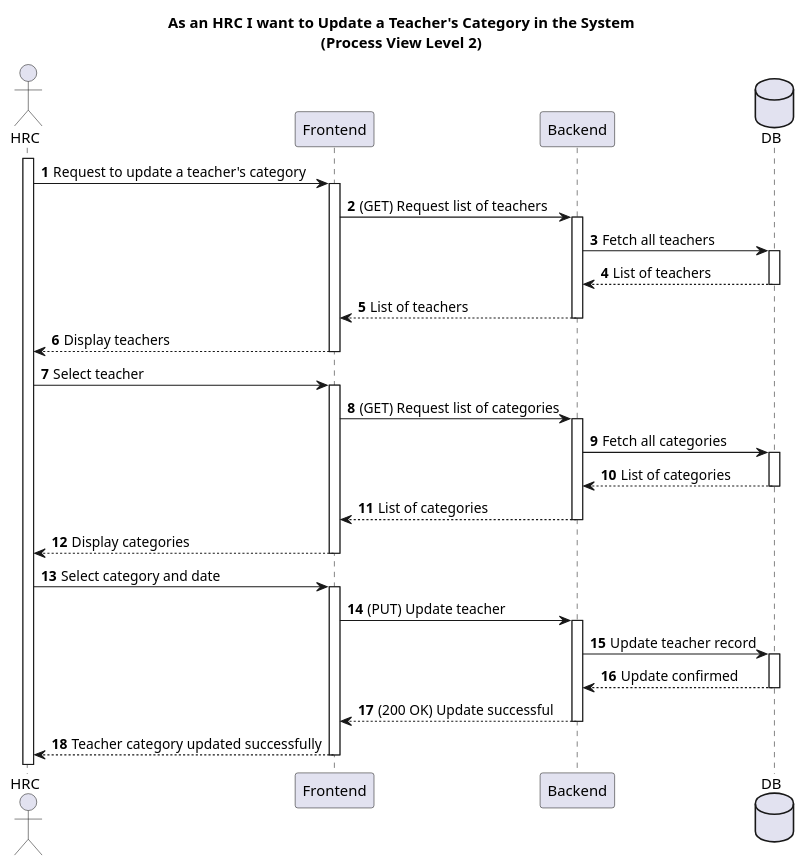
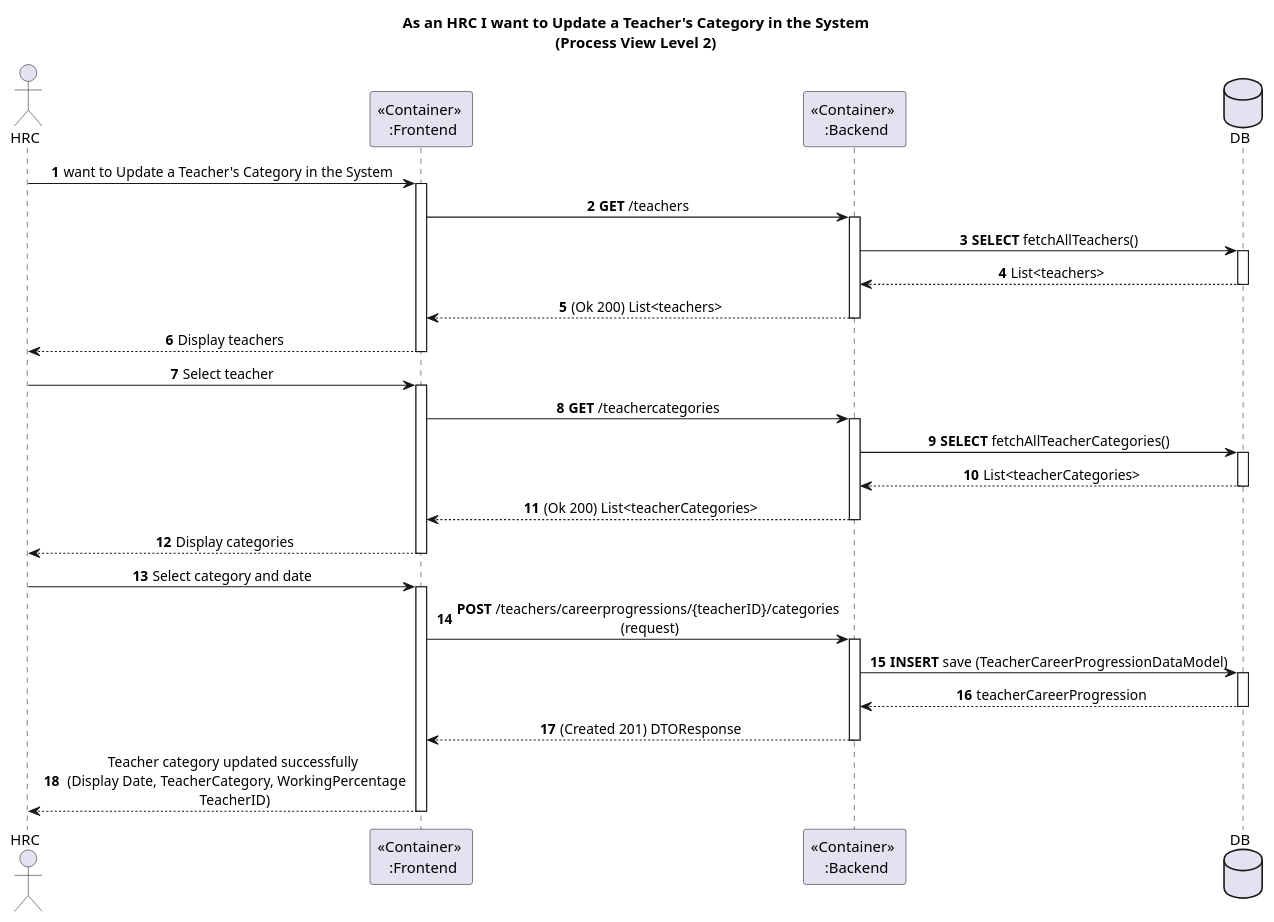
Before and after one commit to GasparISEP/DevOps-PAI: the diagram in docs/US14/Sprint6/ProcessView/Level2.puml, drawn with PlantUML.

Commit message:
Ref #531 :  Updated Process View Diagram Level 2 according to DSoft last class

```diff
--- a/docs/US14/Sprint6/ProcessView/Level2.puml
+++ b/docs/US14/Sprint6/ProcessView/Level2.puml
@@ -1,33 +1,34 @@
 @startuml
 autonumber
 
 title As an HRC I want to Update a Teacher's Category in the System\n(Process View Level 2)
+skinparam DefaultTextAlignment center
 
 actor HRC
-participant "Frontend" as FE
-participant "Backend" as BE
+participant "«Container» \n :Frontend" as FE
+participant "«Container» \n :Backend" as BE
 database DB
 
-activate HRC
-HRC -> FE ++: Request to update a teacher's category
-FE -> BE ++: (GET) Request list of teachers
-BE -> DB ++: Fetch all teachers
-DB --> BE --: List of teachers
-BE --> FE --: List of teachers
+
+HRC -> FE ++: want to Update a Teacher's Category in the System
+FE -> BE ++: **GET** /teachers
+BE -> DB ++: **SELECT** fetchAllTeachers()
+DB --> BE --: List<teachers>
+BE --> FE --: (Ok 200) List<teachers>
 FE --> HRC --: Display teachers
 
 HRC -> FE ++: Select teacher
-FE -> BE ++: (GET) Request list of categories
-BE -> DB ++: Fetch all categories
-DB --> BE --: List of categories
-BE --> FE --: List of categories
+FE -> BE ++:  **GET** /teachercategories
+BE -> DB ++: **SELECT** fetchAllTeacherCategories()
+DB --> BE --: List<teacherCategories>
+BE --> FE --: (Ok 200) List<teacherCategories>
 FE --> HRC --: Display categories
 
 HRC -> FE ++: Select category and date
-FE -> BE ++: (PUT) Update teacher
-BE -> DB ++: Update teacher record
-DB --> BE --: Update confirmed
-BE --> FE --: (200 OK) Update successful
-FE --> HRC --: Teacher category updated successfully
+FE -> BE ++: **POST** /teachers/careerprogressions/{teacherID}/categories\n (request)
+BE -> DB ++: **INSERT** save (TeacherCareerProgressionDataModel)
+DB --> BE --: teacherCareerProgression
+BE --> FE --: (Created 201) DTOResponse
+FE --> HRC --: Teacher category updated successfully \n (Display Date, TeacherCategory, WorkingPercentage\nTeacherID)
 
 @enduml
```
